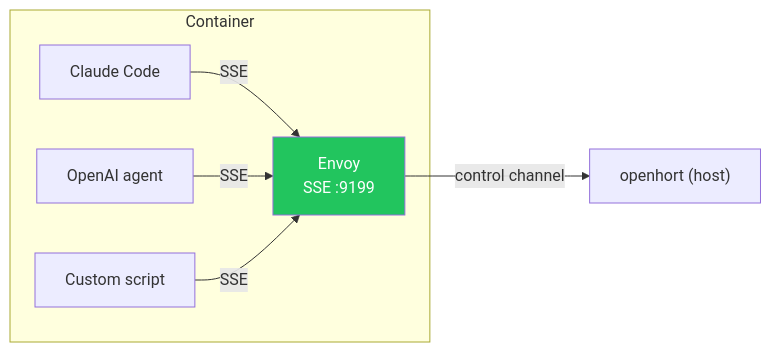
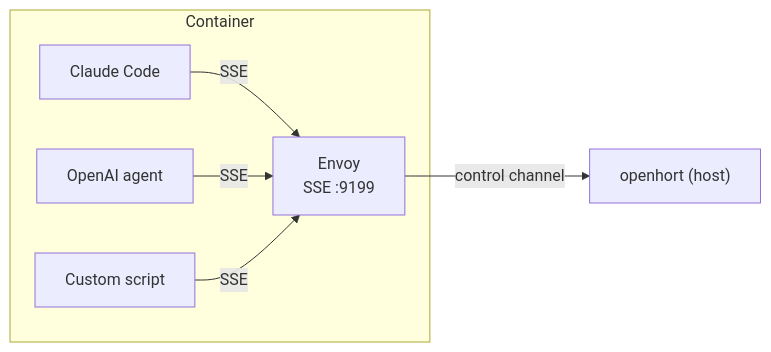
Before and after one commit to openhort/openhort: the second of 5 diagrams in docs/manual/internals/envoy-architecture.md, drawn with Mermaid. The commit also changed other lines of this file and 38 other files, not shown here.

````diff
--- a/docs/manual/internals/envoy-architecture.md
+++ b/docs/manual/internals/envoy-architecture.md
@@ -55,17 +53,16 @@
 ```mermaid
 graph LR
     subgraph Container
         Envoy["Envoy<br/>SSE :9199"]
         CC["Claude Code"]
         OAI["OpenAI agent"]
         Custom["Custom script"]
 
         CC -->|SSE| Envoy
         OAI -->|SSE| Envoy
         Custom -->|SSE| Envoy
     end
 
     Envoy -->|"control channel"| Host["openhort (host)"]
 
-    style Envoy fill:#22c55e,color:#fff
 ```
````
